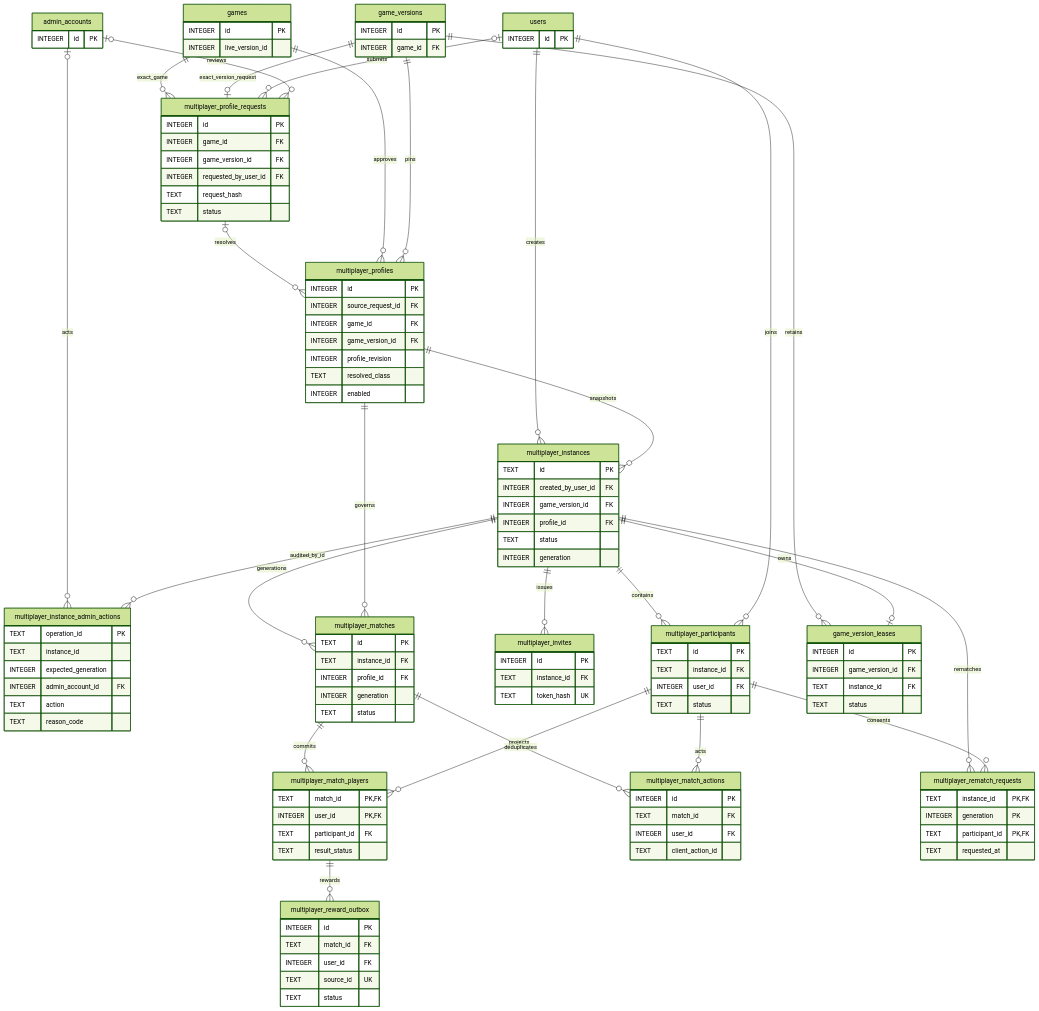
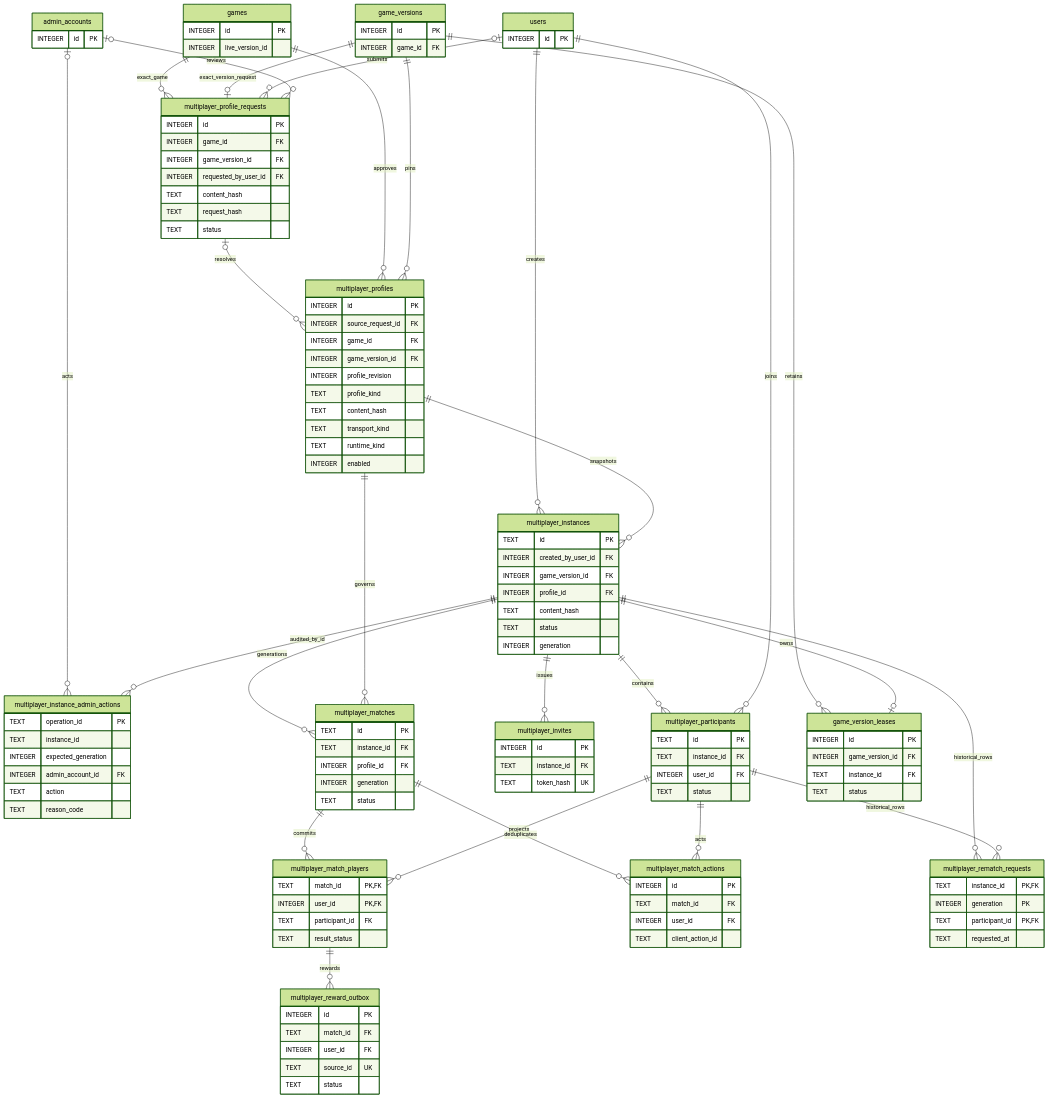
The third of 7 diagrams in docs/ERD.md (TaeyanG4/project-owogg), drawn with Mermaid (forest theme) before and after one commit. The commit also changed other lines of this file and 226 other files, not shown here.

```diff
--- a/docs/ERD.md
+++ b/docs/ERD.md
@@ -265,6 +297,7 @@
     INTEGER game_id FK
     INTEGER game_version_id FK
     INTEGER requested_by_user_id FK
+    TEXT content_hash
     TEXT request_hash
     TEXT status
   }
@@ -274,7 +307,10 @@
     INTEGER game_id FK
     INTEGER game_version_id FK
     INTEGER profile_revision
-    TEXT resolved_class
+    TEXT profile_kind
+    TEXT content_hash
+    TEXT transport_kind
+    TEXT runtime_kind
     INTEGER enabled
   }
   multiplayer_instance_admin_actions {
@@ -290,6 +326,7 @@
     INTEGER created_by_user_id FK
     INTEGER game_version_id FK
     INTEGER profile_id FK
+    TEXT content_hash
     TEXT status
     INTEGER generation
   }
@@ -361,8 +398,8 @@
   multiplayer_participants ||--o{ multiplayer_match_players : projects
   multiplayer_matches ||--o{ multiplayer_match_actions : deduplicates
   multiplayer_participants ||--o{ multiplayer_match_actions : acts
-  multiplayer_instances ||--o{ multiplayer_rematch_requests : rematches
-  multiplayer_participants ||--o{ multiplayer_rematch_requests : consents
+  multiplayer_instances ||--o{ multiplayer_rematch_requests : historical_rows
+  multiplayer_participants ||--o{ multiplayer_rematch_requests : historical_rows
   multiplayer_match_players ||--o{ multiplayer_reward_outbox : rewards
   game_versions ||--o{ game_version_leases : retains
   multiplayer_instances ||--o| game_version_leases : owns
```
